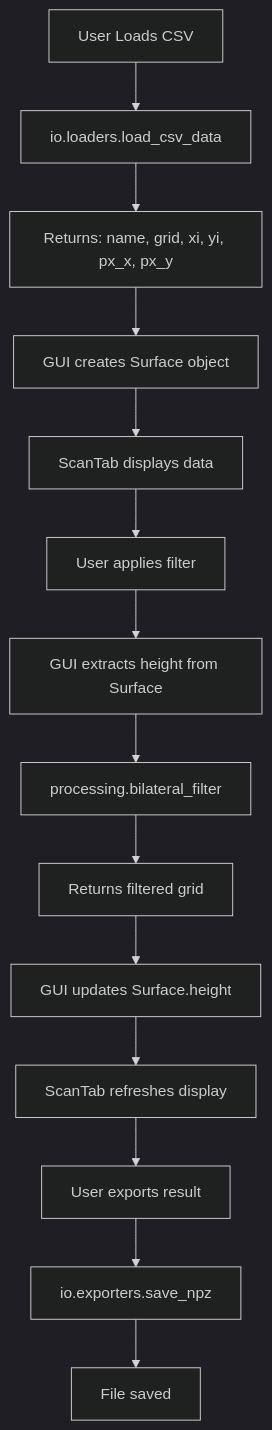
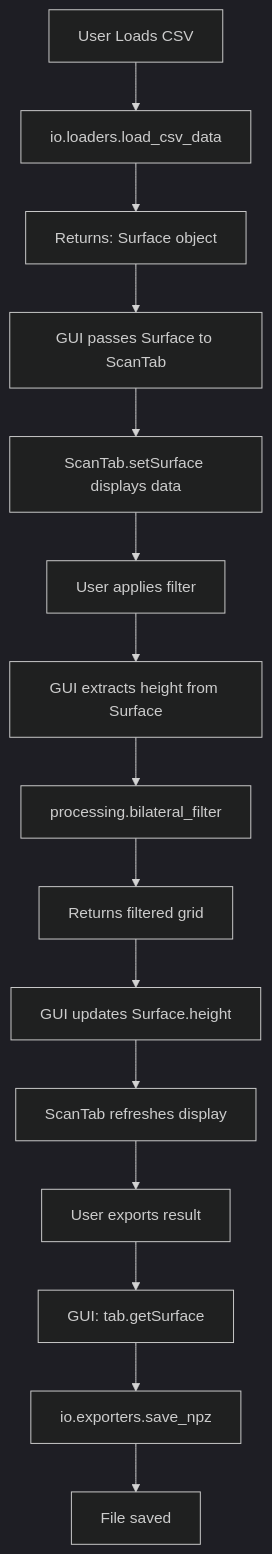
The first of 4 diagrams in ARCHITECTURE.md (iitis/frasta), drawn with Mermaid (dark theme) before and after one commit. The commit also changed other lines of this file and 11 other files, not shown here.

````diff
--- a/ARCHITECTURE.md
+++ b/ARCHITECTURE.md
@@ -319,16 +322,17 @@
 ```mermaid
 graph TD
     A[User Loads CSV] --> B[io.loaders.load_csv_data]
-    B --> C[Returns: name, grid, xi, yi, px_x, px_y]
-    C --> D[GUI creates Surface object]
-    D --> E[ScanTab displays data]
+    B --> C[Returns: Surface object]
+    C --> D[GUI passes Surface to ScanTab]
+    D --> E[ScanTab.setSurface displays data]
     E --> F[User applies filter]
     F --> G[GUI extracts height from Surface]
     G --> H[processing.bilateral_filter]
     H --> I[Returns filtered grid]
     I --> J[GUI updates Surface.height]
     J --> K[ScanTab refreshes display]
     K --> L[User exports result]
-    L --> M[io.exporters.save_npz]
-    M --> N[File saved]
+    L --> M[GUI: tab.getSurface]
+    M --> N[io.exporters.save_npz]
+    N --> O[File saved]
 ```
````
